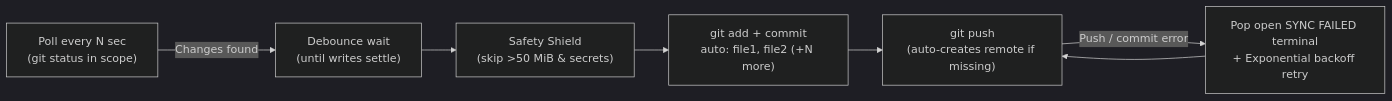
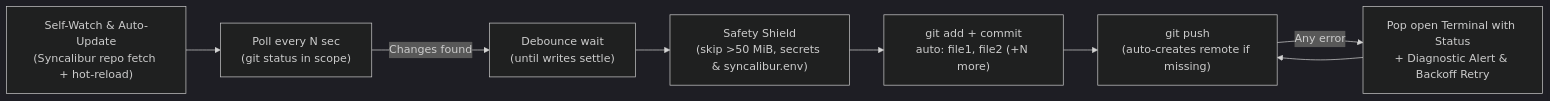
One commit to Sudemc/Syncalibur changed the diagram in README.md. Above: the diagram before and after it, drawn with Mermaid (dark theme). The commit also changed other lines of this file and 3 other files, not shown here.

Commit message:
feat: replace tracked env with syncalibur.env.example and add self-watching hot-reload updater

````diff
--- a/README.md
+++ b/README.md
@@ -156,9 +150,10 @@
 ```mermaid
 flowchart LR
+    S["Self-Watch & Auto-Update<br/>(Syncalibur repo fetch + hot-reload)"] --> A
     A["Poll every N sec<br/>(git status in scope)"] -->|Changes found| B["Debounce wait<br/>(until writes settle)"]
-    B --> C["Safety Shield<br/>(skip >50 MiB & secrets)"]
+    B --> C["Safety Shield<br/>(skip >50 MiB, secrets & syncalibur.env)"]
     C --> D["git add + commit<br/>auto: file1, file2 (+N more)"]
     D --> E["git push<br/>(auto-creates remote if missing)"]
-    E -->|Push / commit error| F["Pop open SYNC FAILED terminal<br/>+ Exponential backoff retry"]
+    E -->|Any error| F["Pop open Terminal with Status<br/>+ Diagnostic Alert & Backoff Retry"]
     F --> E
 ```
````
